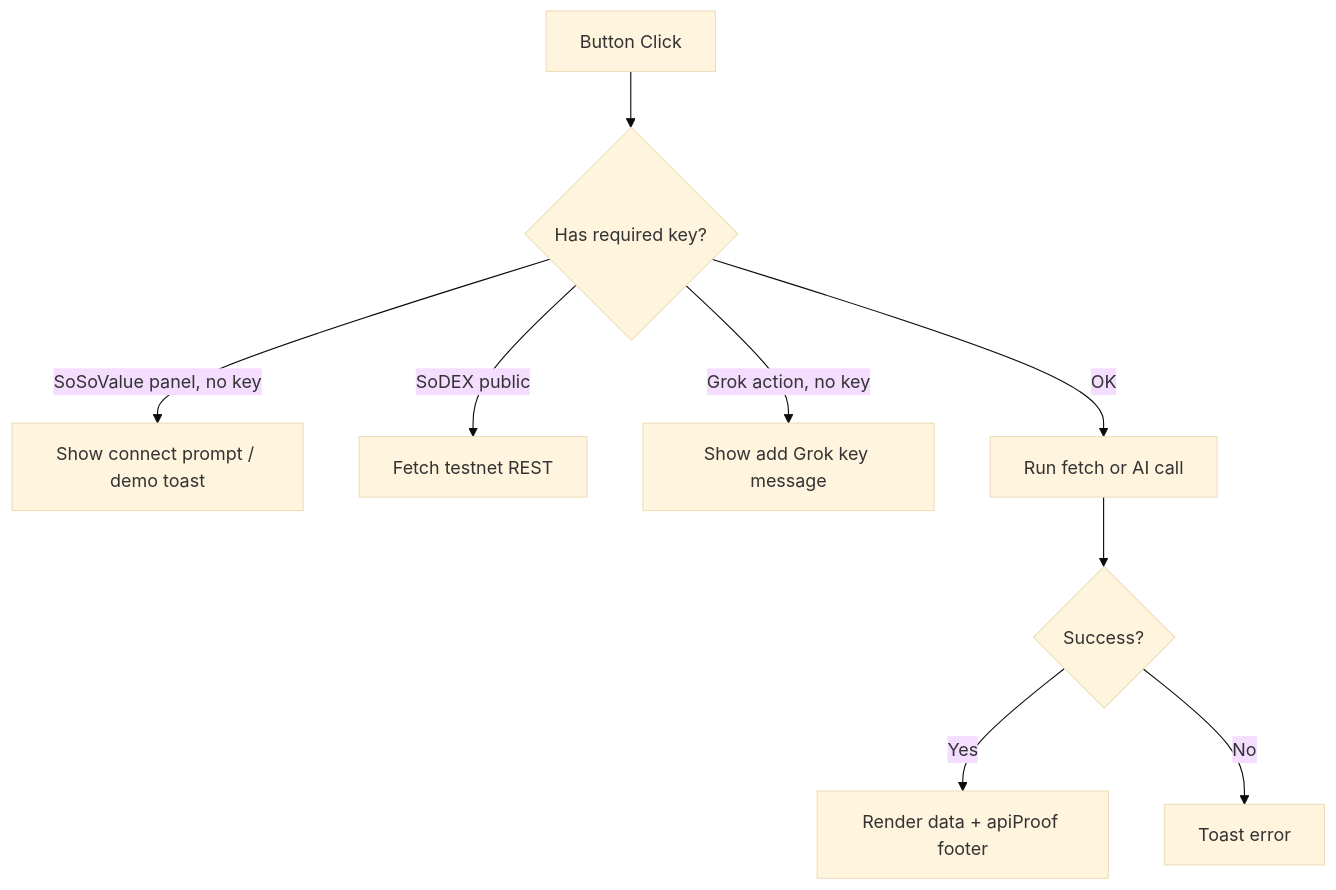
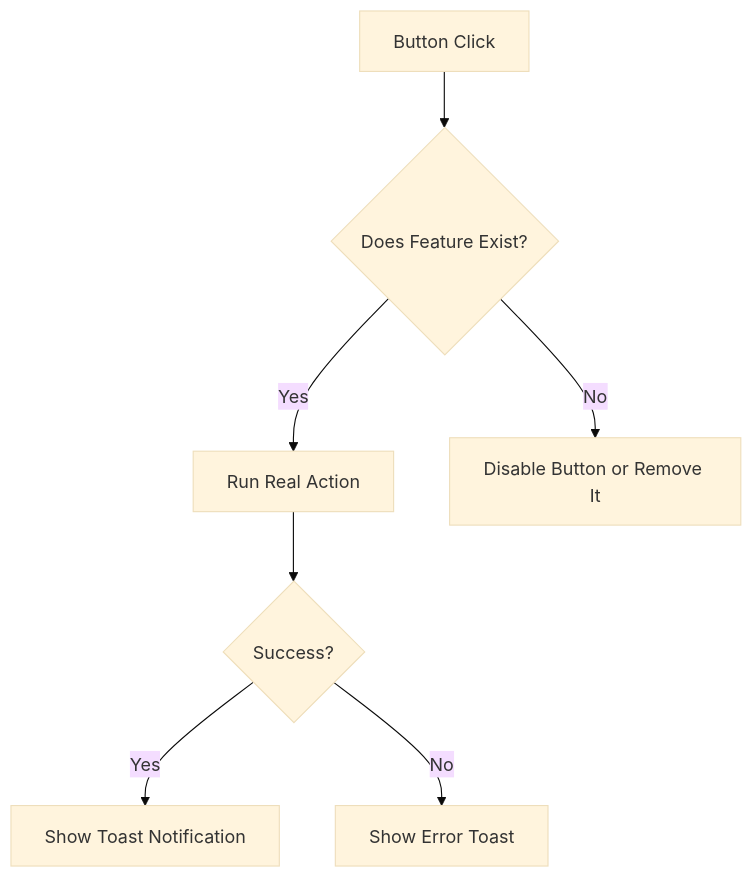
Diagram 13 of 18 in cryptodesk/README.md (Nanle-code/CryptoDesk), drawn with Mermaid (base theme) before and after one commit. The commit also changed other lines of this file and 28 other files, not shown here.

````diff
--- a/cryptodesk/README.md
+++ b/cryptodesk/README.md
@@ -745,11 +738,9 @@
 ```mermaid
 flowchart TD
-    A[Button Click] --> B{Has required key?}
-    B -- SoSoValue panel, no key --> C[Show connect prompt / demo toast]
-    B -- SoDEX public --> D[Fetch testnet REST]
-    B -- Grok action, no key --> E[Show add Grok key message]
-    B -- OK --> F[Run fetch or AI call]
-    F --> G{Success?}
-    G -- Yes --> H[Render data + apiProof footer]
-    G -- No --> I[Toast error]
+    A[Button Click] --> B{Does Feature Exist?}
+    B -- Yes --> C[Run Real Action]
+    B -- No --> D[Disable Button or Remove It]
+    C --> E{Success?}
+    E -- Yes --> F[Show Toast Notification]
+    E -- No --> G[Show Error Toast]
 ```
````
